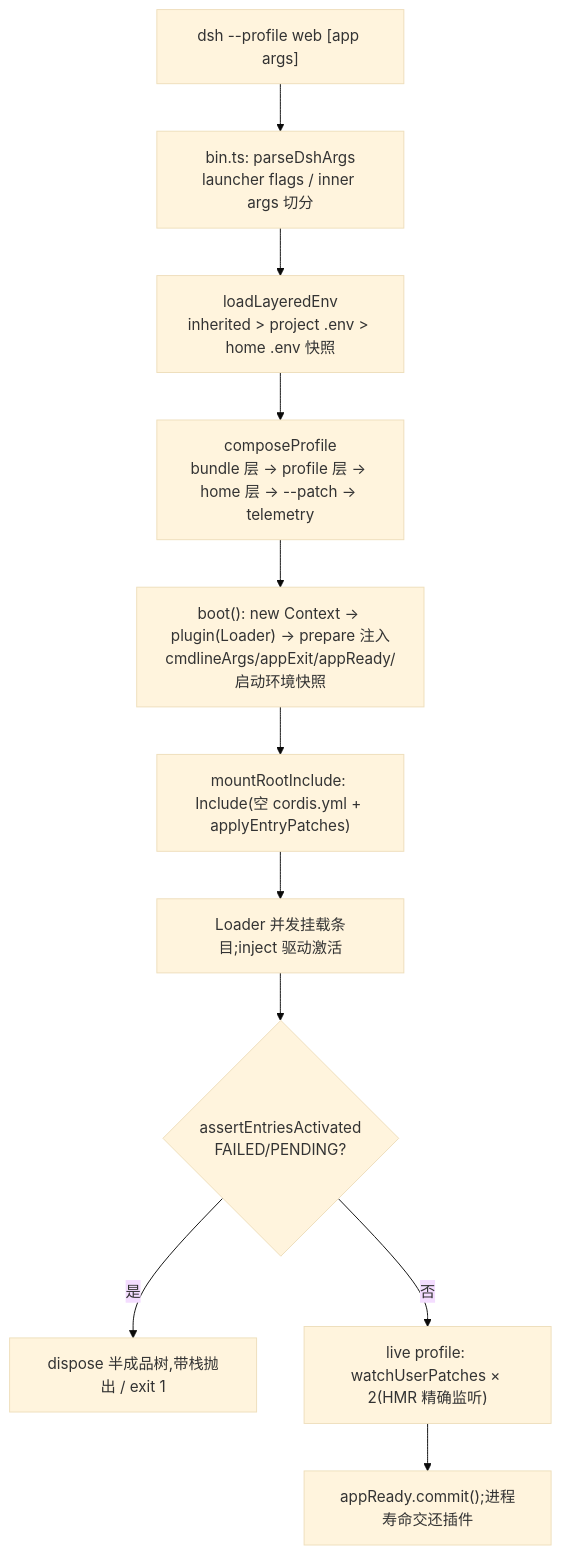
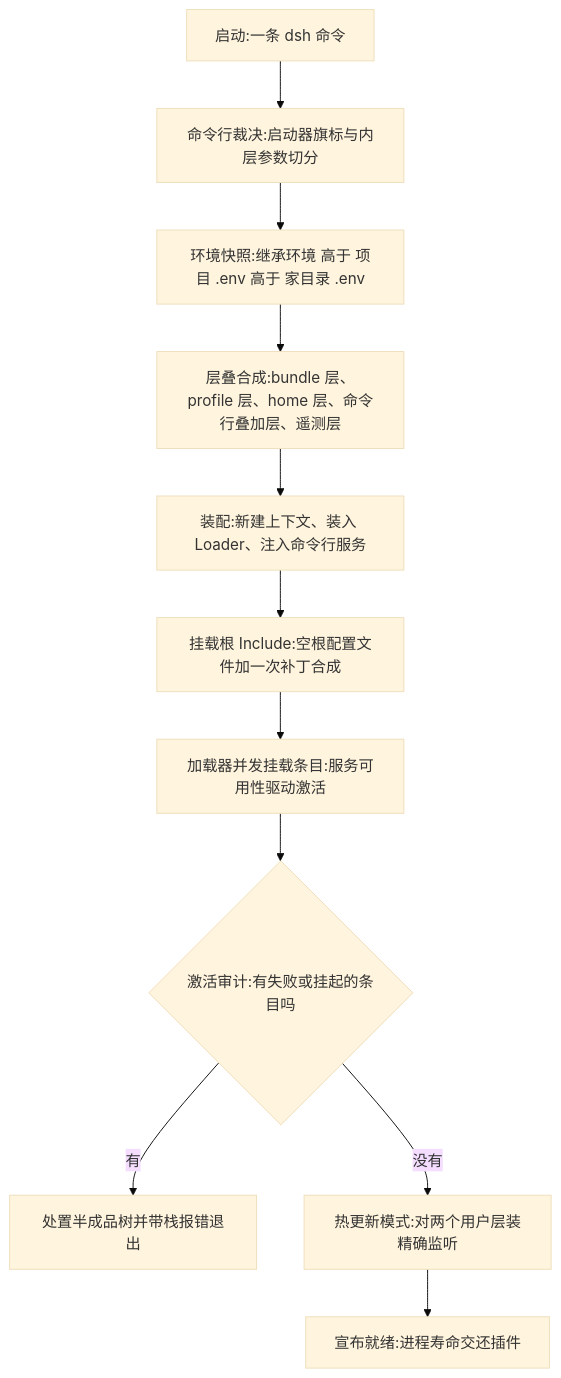
Before and after one commit to NOOBincode/deepseek-harness-analysis: the first of 2 diagrams in analysis/01-architecture-overview.md, drawn with Mermaid (base theme). The commit also changed other lines of this file and 72 other files, not shown here.

Commit message:
docs: 把机器味 ASCII 调用树改写为 人话+主干图+细节表+折叠原图;图表数 62→97(95 张转主题化 SVG)

````diff
--- a/analysis/01-architecture-overview.md
+++ b/analysis/01-architecture-overview.md
@@ -380,13 +388,13 @@
 ```mermaid
 flowchart TD
-  A["dsh --profile web [app args]"] --> B["bin.ts: parseDshArgs<br/>launcher flags / inner args 切分"]
-  B --> C["loadLayeredEnv<br/>inherited > project .env > home .env 快照"]
-  C --> D["composeProfile<br/>bundle 层 → profile 层 → home 层 → --patch → telemetry"]
-  D --> E["boot(): new Context → plugin(Loader) → prepare 注入<br/>cmdlineArgs/appExit/appReady/启动环境快照"]
-  E --> F["mountRootInclude: Include(空 cordis.yml + applyEntryPatches)"]
-  F --> G["Loader 并发挂载条目;inject 驱动激活"]
-  G --> H{"assertEntriesActivated<br/>FAILED/PENDING?"}
-  H -- 是 --> I["dispose 半成品树,带栈抛出 / exit 1"]
-  H -- 否 --> J["live profile: watchUserPatches × 2(HMR 精确监听)"]
-  J --> K["appReady.commit();进程寿命交还插件"]
+  A["启动:一条 dsh 命令"] --> B["命令行裁决:启动器旗标与内层参数切分"]
+  B --> C["环境快照:继承环境 高于 项目 .env 高于 家目录 .env"]
+  C --> D["层叠合成:bundle 层、profile 层、home 层、命令行叠加层、遥测层"]
+  D --> E["装配:新建上下文、装入 Loader、注入命令行服务"]
+  E --> F["挂载根 Include:空根配置文件加一次补丁合成"]
+  F --> G["加载器并发挂载条目:服务可用性驱动激活"]
+  G --> H{"激活审计:有失败或挂起的条目吗"}
+  H -->|有| I["处置半成品树并带栈报错退出"]
+  H -->|没有| J["热更新模式:对两个用户层装精确监听"]
+  J --> K["宣布就绪:进程寿命交还插件"]
 ```
````
